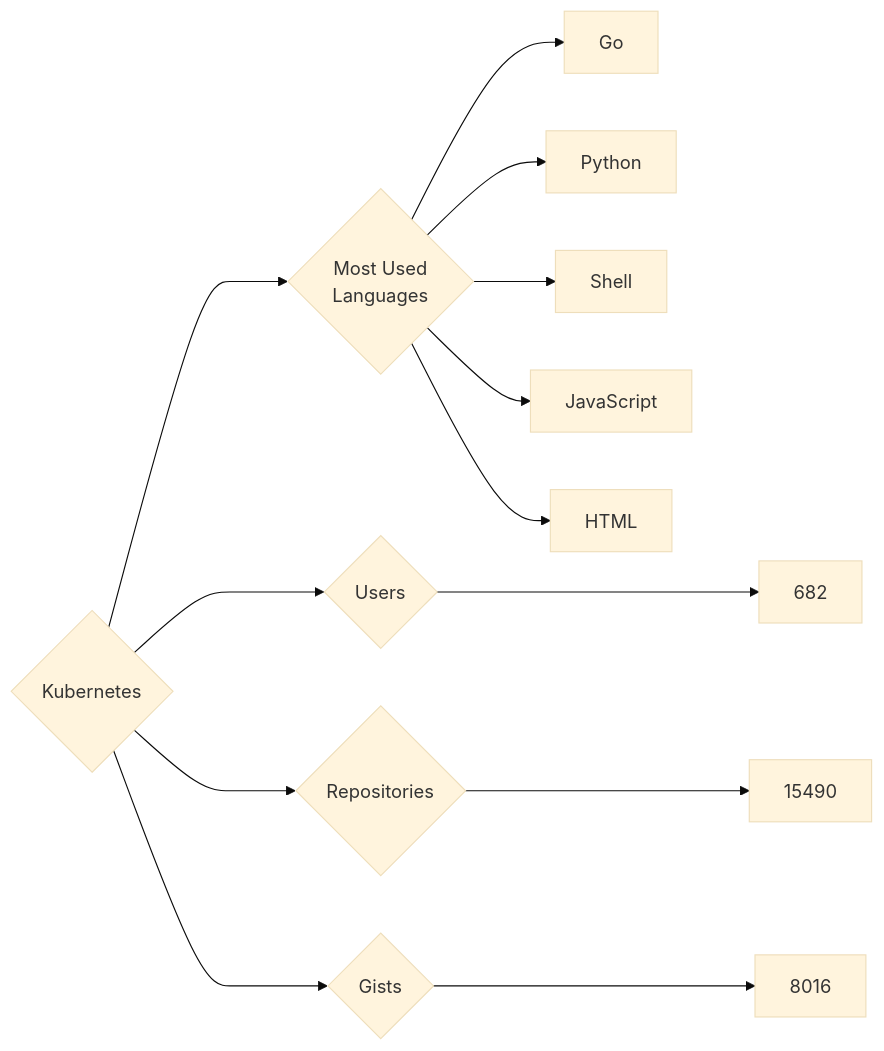
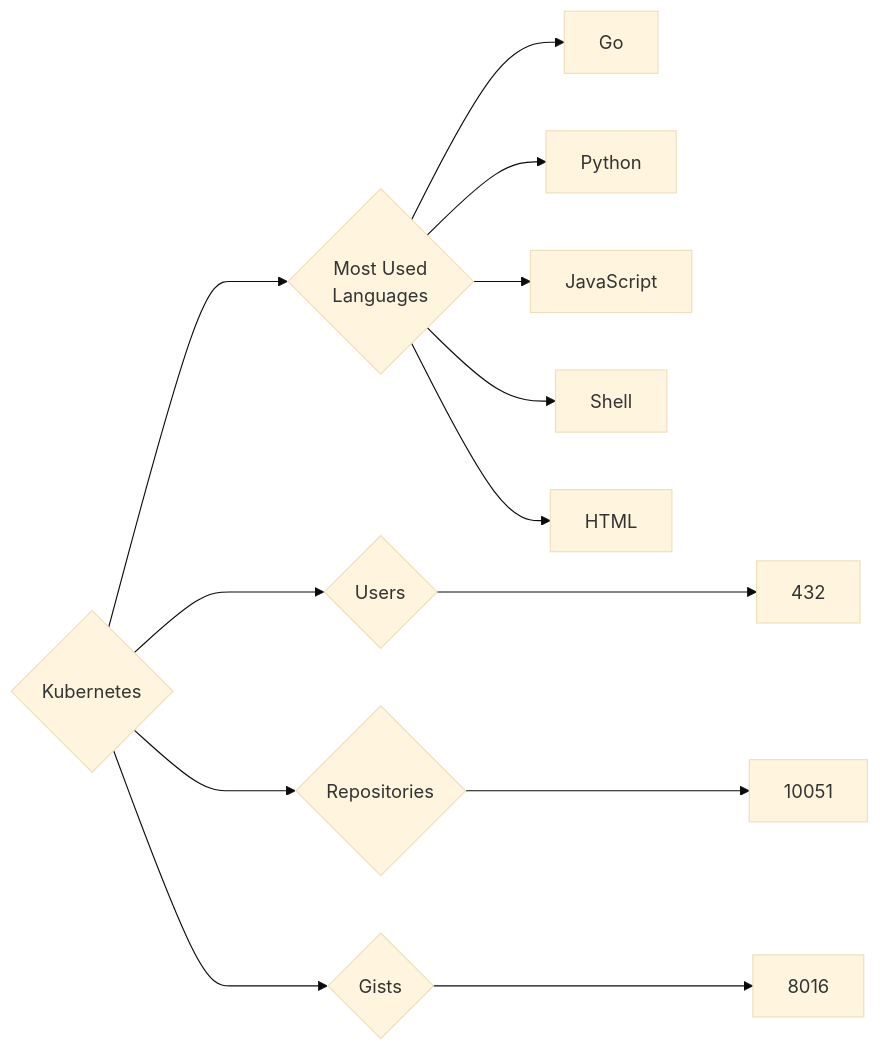
Before and after one commit to trickest/insiders: the diagram in targets/Kubernetes/README.md, drawn with Mermaid (base theme). The commit also changed 610 other files, not shown here.

````diff
--- a/targets/Kubernetes/README.md
+++ b/targets/Kubernetes/README.md
@@ -3,13 +3,13 @@
 ```mermaid
 graph LR
 COMPANY_NAME{Kubernetes}
-COMPANY_NAME ---> U{Users} ---> UN[682]
-COMPANY_NAME ---> R{Repositories} ---> RN[15490]
+COMPANY_NAME ---> U{Users} ---> UN[432]
+COMPANY_NAME ---> R{Repositories} ---> RN[10051]
 COMPANY_NAME ---> G{Gists} ---> GN[8016]
 COMPANY_NAME ---> ML{Most Used<br>Languages}
 ML --> Go[Go]
 ML --> Python[Python]
+ML --> JavaScript[JavaScript]
 ML --> Shell[Shell]
-ML --> JavaScript[JavaScript]
 ML --> HTML[HTML]
 ```
````
